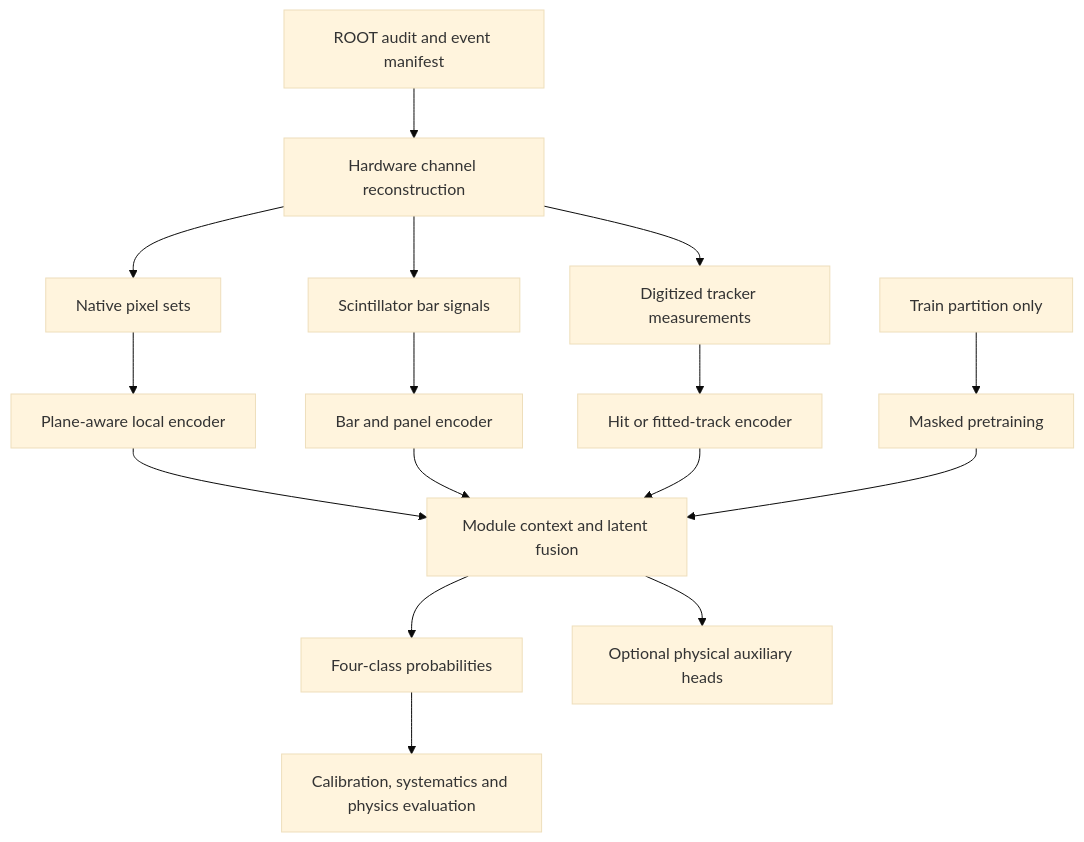
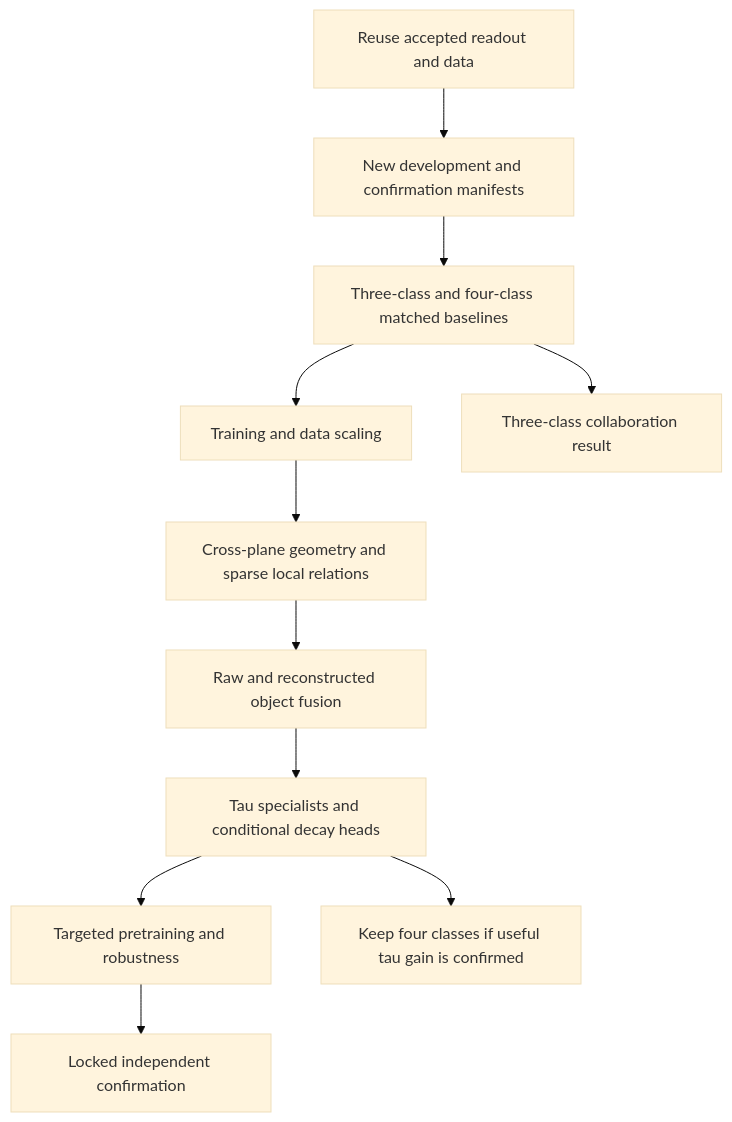
Before and after one commit to Endymion2288/PinpointAnalysis: the diagram in roadmap/README.md, drawn with Mermaid (base theme). The commit also changed other lines of this file and 41 other files, not shown here.

Commit message:
docs(roadmap): audit results and define next optimization roadmap

````diff
--- a/roadmap/README.md
+++ b/roadmap/README.md
@@ -97,18 +32,13 @@
 ```mermaid
 flowchart TD
-    A[ROOT audit and event manifest] --> B[Hardware channel reconstruction]
-    B --> P[Native pixel sets]
-    B --> S[Scintillator bar signals]
-    B --> F[Digitized tracker measurements]
-    P --> L[Plane-aware local encoder]
-    S --> R[Bar and panel encoder]
-    F --> T[Hit or fitted-track encoder]
-    L --> M[Module context and latent fusion]
-    R --> M
-    T --> M
-    M --> C[Four-class probabilities]
-    M --> U[Optional physical auxiliary heads]
-    V[Train partition only] --> W[Masked pretraining]
-    W --> M
-    C --> E[Calibration, systematics and physics evaluation]
+    A[Reuse accepted readout and data] --> B[New development and confirmation manifests]
+    B --> C[Three-class and four-class matched baselines]
+    C --> D[Training and data scaling]
+    D --> E[Cross-plane geometry and sparse local relations]
+    E --> F[Raw and reconstructed object fusion]
+    F --> G[Tau specialists and conditional decay heads]
+    G --> H[Targeted pretraining and robustness]
+    H --> I[Locked independent confirmation]
+    C --> J[Three-class collaboration result]
+    G --> K[Keep four classes if useful tau gain is confirmed]
 ```
````
